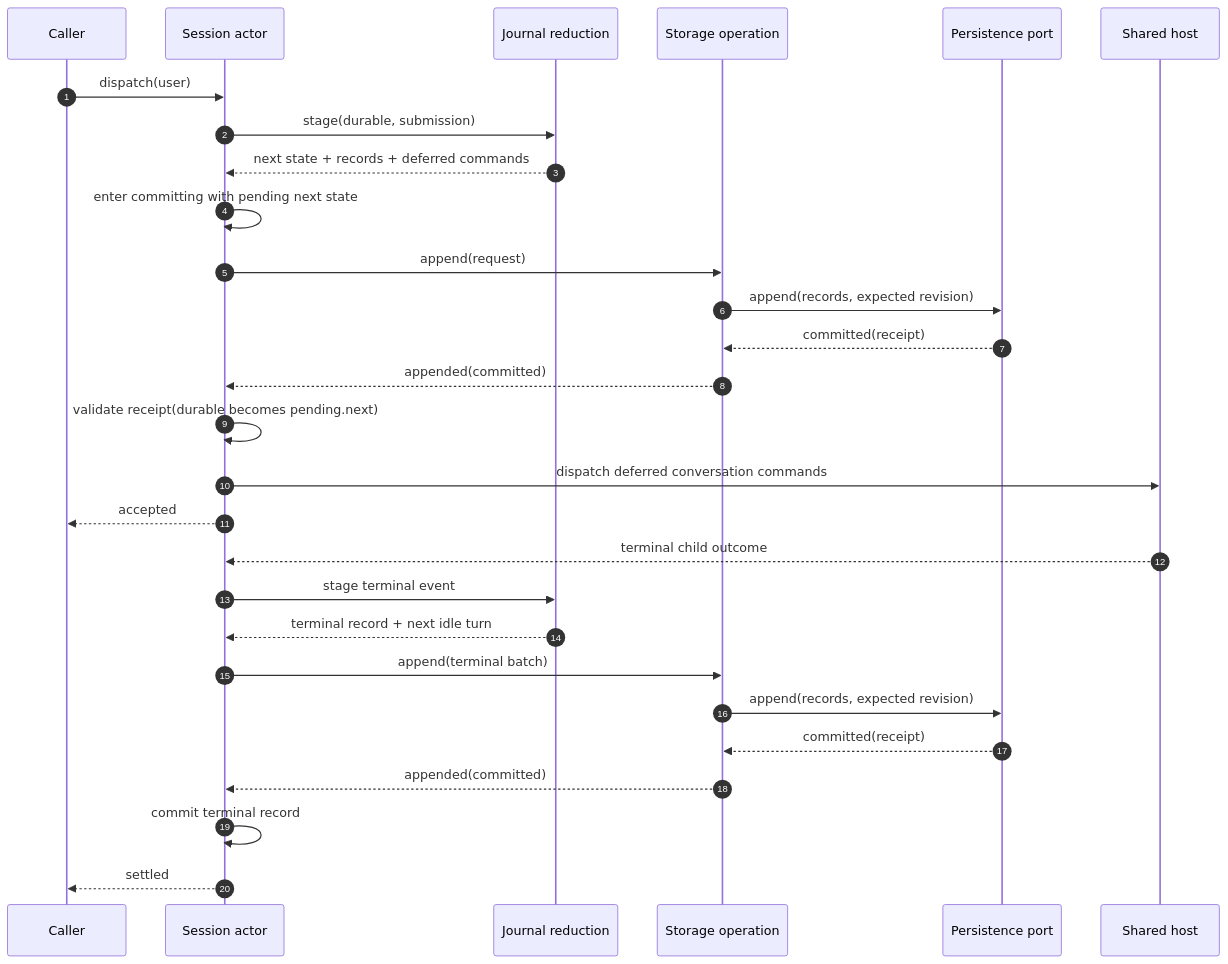
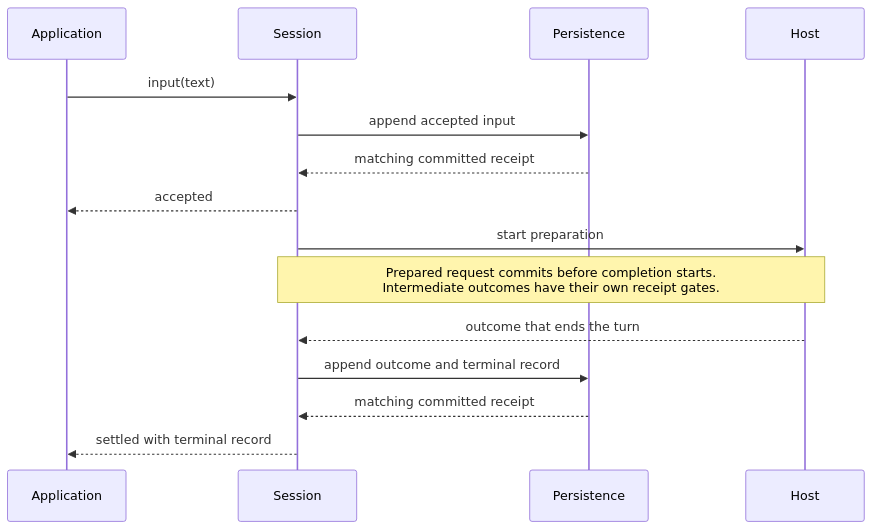
Before and after one commit to danbarua/labkit-agent: the second of 8 diagrams in docs/session-runtime.md, drawn with Mermaid. The commit also changed other lines of this file and 70 other files, not shown here.

````diff
--- a/docs/session-runtime.md
+++ b/docs/session-runtime.md
@@ -76,32 +43,17 @@
 ```mermaid
 sequenceDiagram
-  autonumber
-  participant C as Caller
-  participant S as Session actor
-  participant J as Journal reduction
-  participant O as Storage operation
-  participant P as Persistence port
-  participant H as Shared host
-
-  C->>S: dispatch(user)
-  S->>J: stage(durable, submission)
-  J-->>S: next state + records + deferred commands
-  S->>S: enter committing with pending next state
-  S->>O: append(request)
-  O->>P: append(records, expected revision)
-  P-->>O: committed(receipt)
-  O-->>S: appended(committed)
-  S->>S: validate receipt(durable becomes pending.next)
-  S->>H: dispatch deferred conversation commands
-  S-->>C: accepted
-
-  H-->>S: terminal child outcome
-  S->>J: stage terminal event
-  J-->>S: terminal record + next idle turn
-  S->>O: append(terminal batch)
-  O->>P: append(records, expected revision)
-  P-->>O: committed(receipt)
-  O-->>S: appended(committed)
-  S->>S: commit terminal record
-  S-->>C: settled
+  participant A as Application
+  participant S as Session
+  participant P as Persistence
+  participant H as Host
+  A->>S: input(text)
+  S->>P: append accepted input
+  P-->>S: matching committed receipt
+  S-->>A: accepted
+  S->>H: start preparation
+  Note over S,H: Prepared request commits before completion starts.<br/>Intermediate outcomes have their own receipt gates.
+  H-->>S: outcome that ends the turn
+  S->>P: append outcome and terminal record
+  P-->>S: matching committed receipt
+  S-->>A: settled with terminal record
 ```
````
